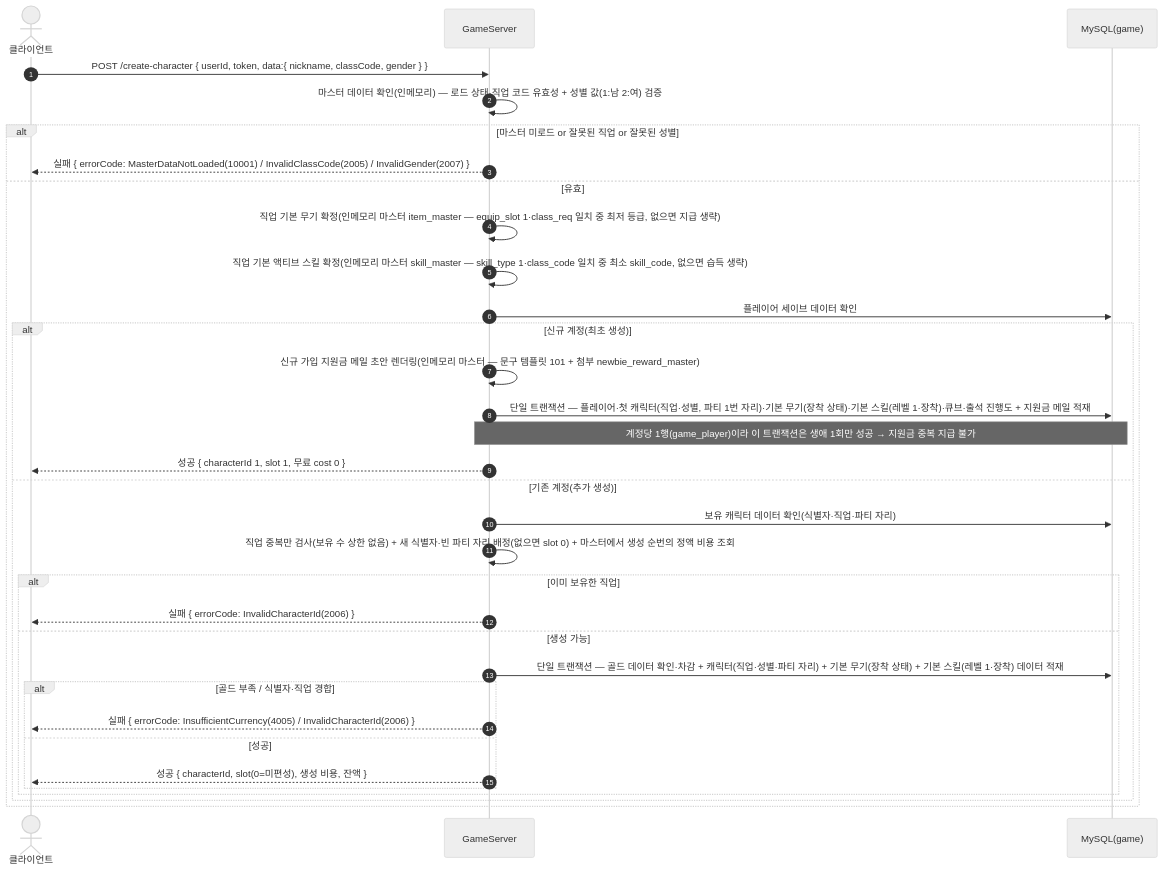
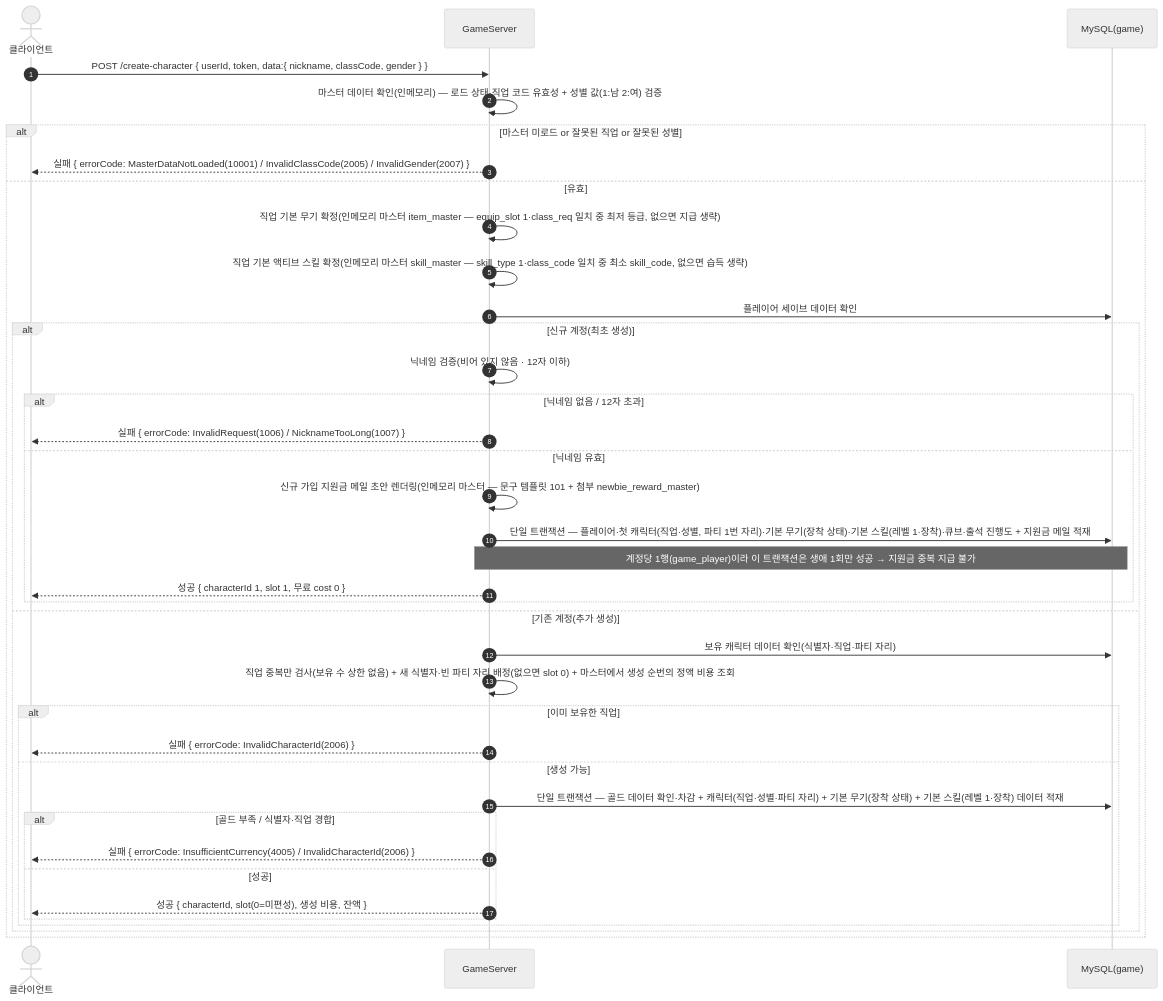
The seventh of 48 diagrams in SequenceDiagram/README.md (ks-wook/com2us-taskbar-hero), drawn with Mermaid (neutral theme) before and after one commit. The commit also changed other lines of this file and 9 other files, not shown here.

````diff
--- a/SequenceDiagram/README.md
+++ b/SequenceDiagram/README.md
@@ -252,36 +252,41 @@
 ```mermaid
 sequenceDiagram
     autonumber
     actor C as 클라이언트
     participant S as GameServer
     participant DB as MySQL(game)
 
     C->>S: POST /create-character { userId, token, data:{ nickname, classCode, gender } }
     S->>S: 마스터 데이터 확인(인메모리) — 로드 상태·직업 코드 유효성 + 성별 값(1:남 2:여) 검증
     alt 마스터 미로드 or 잘못된 직업 or 잘못된 성별
         S-->>C: 실패 { errorCode: MasterDataNotLoaded(10001) / InvalidClassCode(2005) / InvalidGender(2007) }
     else 유효
         S->>S: 직업 기본 무기 확정(인메모리 마스터 item_master — equip_slot 1·class_req 일치 중 최저 등급, 없으면 지급 생략)
         S->>S: 직업 기본 액티브 스킬 확정(인메모리 마스터 skill_master — skill_type 1·class_code 일치 중 최소 skill_code, 없으면 습득 생략)
         S->>DB: 플레이어 세이브 데이터 확인
         alt 신규 계정(최초 생성)
-            S->>S: 신규 가입 지원금 메일 초안 렌더링(인메모리 마스터 — 문구 템플릿 101 + 첨부 newbie_reward_master)
-            S->>DB: 단일 트랜잭션 — 플레이어·첫 캐릭터(직업·성별, 파티 1번 자리)·기본 무기(장착 상태)·기본 스킬(레벨 1·장착)·큐브·출석 진행도 + 지원금 메일 적재
-            Note over S,DB: 계정당 1행(game_player)이라 이 트랜잭션은 생애 1회만 성공 → 지원금 중복 지급 불가
-            S-->>C: 성공 { characterId 1, slot 1, 무료 cost 0 }
+            S->>S: 닉네임 검증(비어 있지 않음 · 12자 이하)
+            alt 닉네임 없음 / 12자 초과
+                S-->>C: 실패 { errorCode: InvalidRequest(1006) / NicknameTooLong(1007) }
+            else 닉네임 유효
+                S->>S: 신규 가입 지원금 메일 초안 렌더링(인메모리 마스터 — 문구 템플릿 101 + 첨부 newbie_reward_master)
+                S->>DB: 단일 트랜잭션 — 플레이어·첫 캐릭터(직업·성별, 파티 1번 자리)·기본 무기(장착 상태)·기본 스킬(레벨 1·장착)·큐브·출석 진행도 + 지원금 메일 적재
+                Note over S,DB: 계정당 1행(game_player)이라 이 트랜잭션은 생애 1회만 성공 → 지원금 중복 지급 불가
+                S-->>C: 성공 { characterId 1, slot 1, 무료 cost 0 }
+            end
         else 기존 계정(추가 생성)
             S->>DB: 보유 캐릭터 데이터 확인(식별자·직업·파티 자리)
             S->>S: 직업 중복만 검사(보유 수 상한 없음) + 새 식별자·빈 파티 자리 배정(없으면 slot 0) + 마스터에서 생성 순번의 정액 비용 조회
             alt 이미 보유한 직업
                 S-->>C: 실패 { errorCode: InvalidCharacterId(2006) }
             else 생성 가능
                 S->>DB: 단일 트랜잭션 — 골드 데이터 확인·차감 + 캐릭터(직업·성별·파티 자리) + 기본 무기(장착 상태) + 기본 스킬(레벨 1·장착) 데이터 적재
                 alt 골드 부족 / 식별자·직업 경합
                     S-->>C: 실패 { errorCode: InsufficientCurrency(4005) / InvalidCharacterId(2006) }
                 else 성공
                     S-->>C: 성공 { characterId, slot(0=미편성), 생성 비용, 잔액 }
                 end
             end
         end
     end
 ```
````
